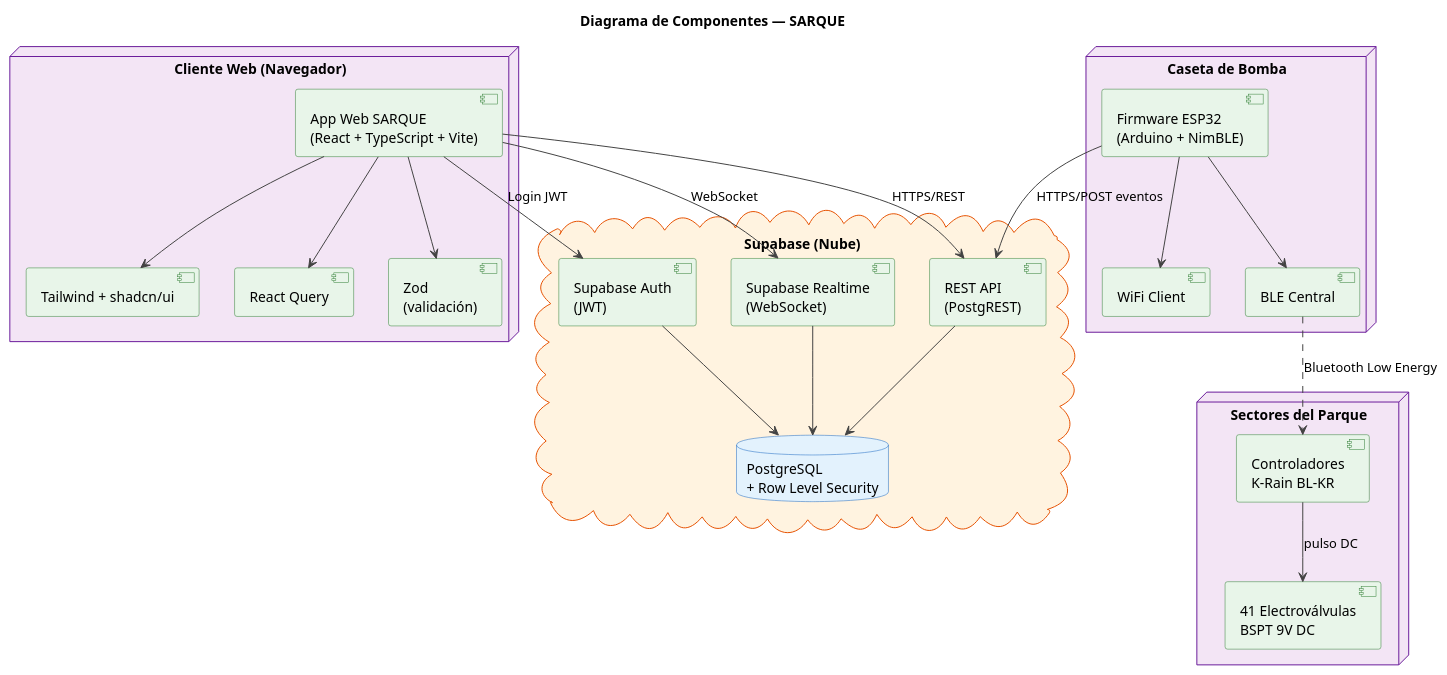
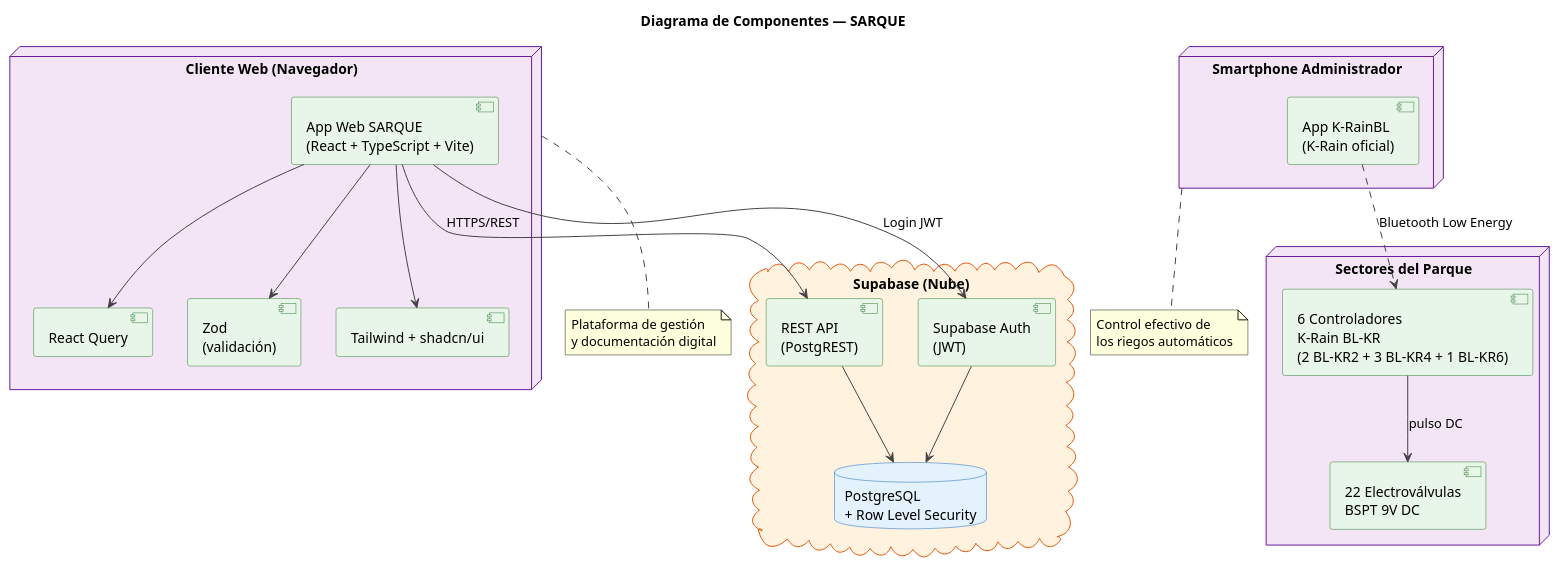
The diagram in diagramas/02_componentes.puml (Jose12300552/quinta-verde-flow), drawn with PlantUML before and after one commit. The commit also changed 21 other files, not shown here.

```diff
--- a/diagramas/02_componentes.puml
+++ b/diagramas/02_componentes.puml
@@ -1,65 +1,58 @@
 @startuml Componentes_SARQUE
 skinparam backgroundColor #FFFFFF
 skinparam component {
   BackgroundColor #E8F5E9
   BorderColor #2E7D32
   ArrowColor #424242
 }
 skinparam database {
   BackgroundColor #E3F2FD
   BorderColor #1565C0
 }
 skinparam cloud {
   BackgroundColor #FFF3E0
   BorderColor #E65100
 }
 skinparam node {
   BackgroundColor #F3E5F5
   BorderColor #6A1B9A
 }
 skinparam shadowing false
 
 title <b>Diagrama de Componentes — SARQUE</b>
 
 node "Cliente Web (Navegador)" as Cliente {
   component "App Web SARQUE\n(React + TypeScript + Vite)" as App
   component "Tailwind + shadcn/ui" as UI
   component "React Query" as RQ
   component "Zod\n(validación)" as Zod
   App --> UI
   App --> RQ
   App --> Zod
 }
 
 cloud "Supabase (Nube)" as Supabase {
   component "Supabase Auth\n(JWT)" as Auth
   database "PostgreSQL\n+ Row Level Security" as DB
-  component "Supabase Realtime\n(WebSocket)" as RT
   component "REST API\n(PostgREST)" as API
-
   API --> DB
-  RT --> DB
   Auth --> DB
 }
 
-node "Caseta de Bomba" as Caseta {
-  component "Firmware ESP32\n(Arduino + NimBLE)" as FW
-  component "WiFi Client" as WiFi
-  component "BLE Central" as BLE
-  FW --> WiFi
-  FW --> BLE
+node "Smartphone Administrador" as Phone {
+  component "App K-RainBL\n(K-Rain oficial)" as KApp
 }
 
 node "Sectores del Parque" as Parque {
-  component "Controladores\nK-Rain BL-KR" as BLKR
-  component "41 Electroválvulas\nBSPT 9V DC" as EV
+  component "6 Controladores\nK-Rain BL-KR\n(2 BL-KR2 + 3 BL-KR4 + 1 BL-KR6)" as BLKR
+  component "22 Electroválvulas\nBSPT 9V DC" as EV
   BLKR --> EV : pulso DC
 }
 
 App --> API : HTTPS/REST
-App --> RT : WebSocket
 App --> Auth : Login JWT
-FW --> API : HTTPS/POST eventos
-BLE ..> BLKR : Bluetooth Low Energy
+KApp ..> BLKR : Bluetooth Low Energy
 
+note bottom of Cliente : Plataforma de gestión\ny documentación digital
+note bottom of Phone : Control efectivo de\nlos riegos automáticos
 @enduml
```
